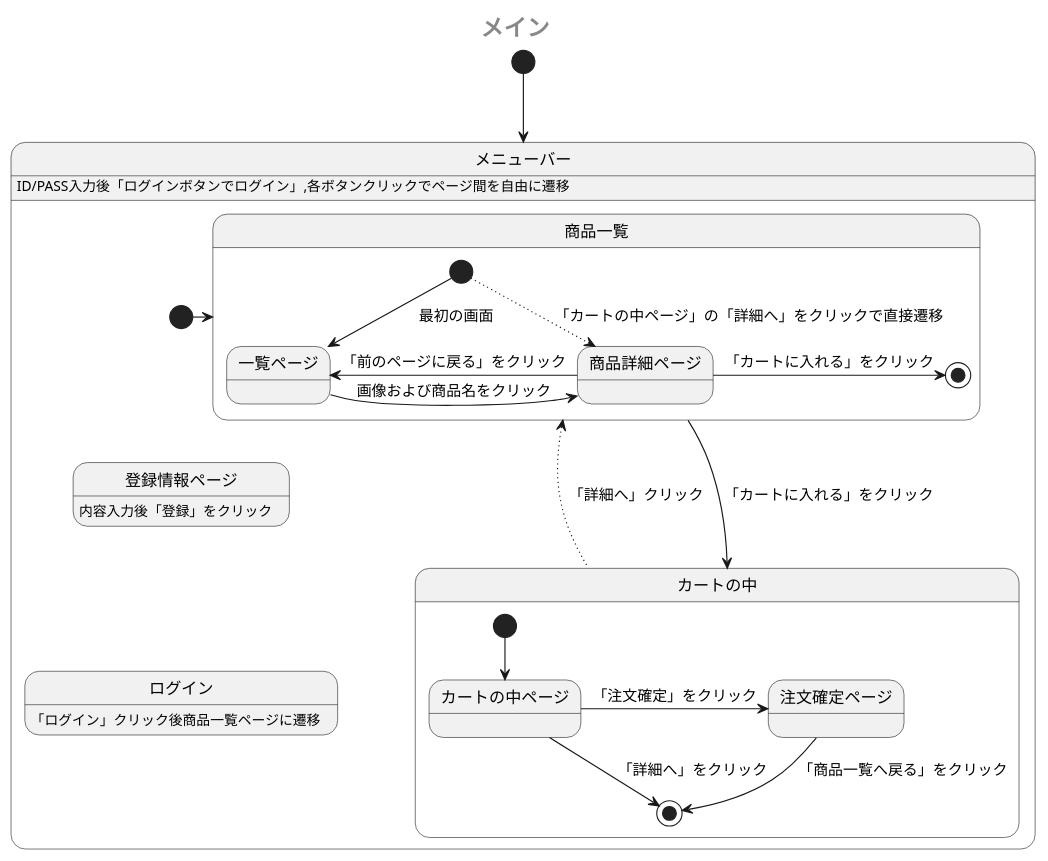
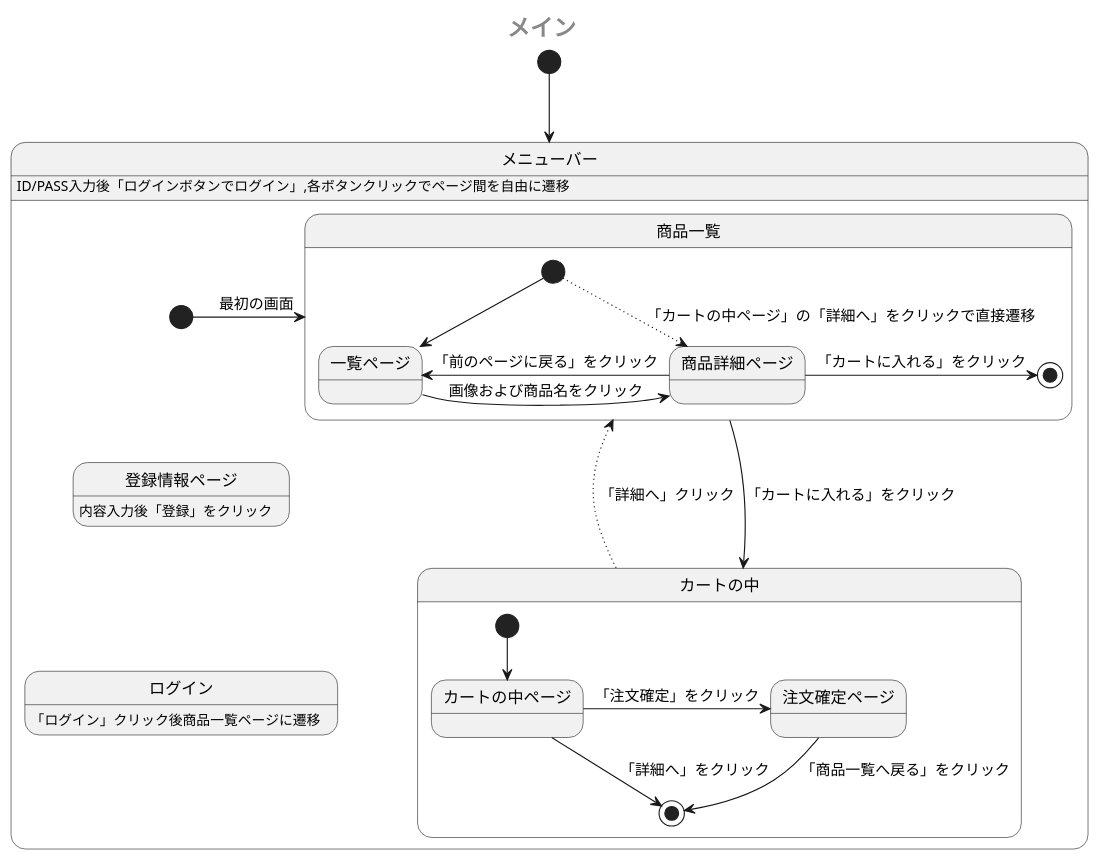
One commit to Aso2001385/2021sys-design changed the diagram in sample/StateMachine.md. Above: the diagram before and after it, drawn with PlantUML.

````diff
--- a/sample/StateMachine.md
+++ b/sample/StateMachine.md
@@ -1,32 +1,32 @@
 ```uml
 @startuml
  center header <size:20><b>メイン</b></size>
  [*] --> メニューバー
  state メニューバー {
    メニューバー: ID/PASS入力後「ログインボタンでログイン」,各ボタンクリックでページ間を自由に遷移
-   [*] -> 商品一覧
+   [*] -> 商品一覧:　最初の画面
    state 商品一覧 {
-    [*] --> 一覧ページ:　最初の画面
+    [*] --> 一覧ページ
     [*] -[dotted]-> 商品詳細ページ: 「カートの中ページ」の「詳細へ」をクリックで直接遷移
     一覧ページ -right-> 商品詳細ページ: 画像および商品名をクリック
     商品詳細ページ -left-> 一覧ページ: 「前のページに戻る」をクリック
     商品詳細ページ -right-> [*]: 「カートに入れる」をクリック
     
    }
    商品一覧 ---> カートの中:「カートに入れる」をクリック
    state カートの中 {
     [*] --> カートの中ページ
     カートの中ページ --> [*]:「詳細へ」をクリック
     カートの中ページ -> 注文確定ページ:「注文確定」をクリック 
     注文確定ページ --> [*]: 「商品一覧へ戻る」をクリック
    }
    カートの中 -up[dotted]-> 商品一覧:「詳細へ」クリック
   
    [*] -down[hidden]-> 登録情報ページ
    登録情報ページ:内容入力後「登録」をクリック
    登録情報ページ -[hidden]-> ログイン
    ログイン:「ログイン」クリック後商品一覧ページに遷移
  }
  
 @enduml
 ```
````
